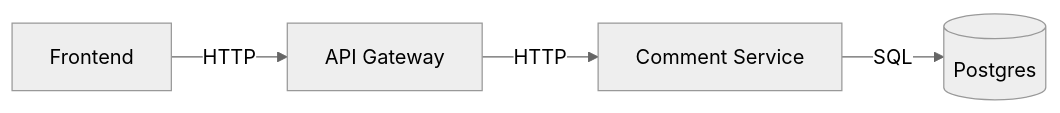
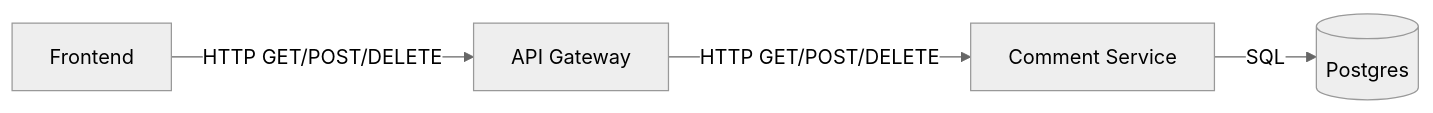
Before and after one commit to Adambizien/Event_Thunder: the fifth of 5 diagrams in README.md, drawn with Mermaid (neutral theme). The commit also changed other lines of this file, not shown here.

Commit message:
fix: update HTTP methods in architecture diagrams for accuracy

````diff
--- a/README.md
+++ b/README.md
@@ -82,6 +82,6 @@
 ```mermaid
 flowchart LR
-  Frontend[Frontend] -->|HTTP| Gateway[API Gateway]
-  Gateway -->|HTTP| Comments[Comment Service]
+  Frontend[Frontend] -->|HTTP GET/POST/DELETE| Gateway[API Gateway]
+  Gateway -->|HTTP GET/POST/DELETE| Comments[Comment Service]
   Comments -->|SQL| Postgres[(Postgres)]
 ```
````
